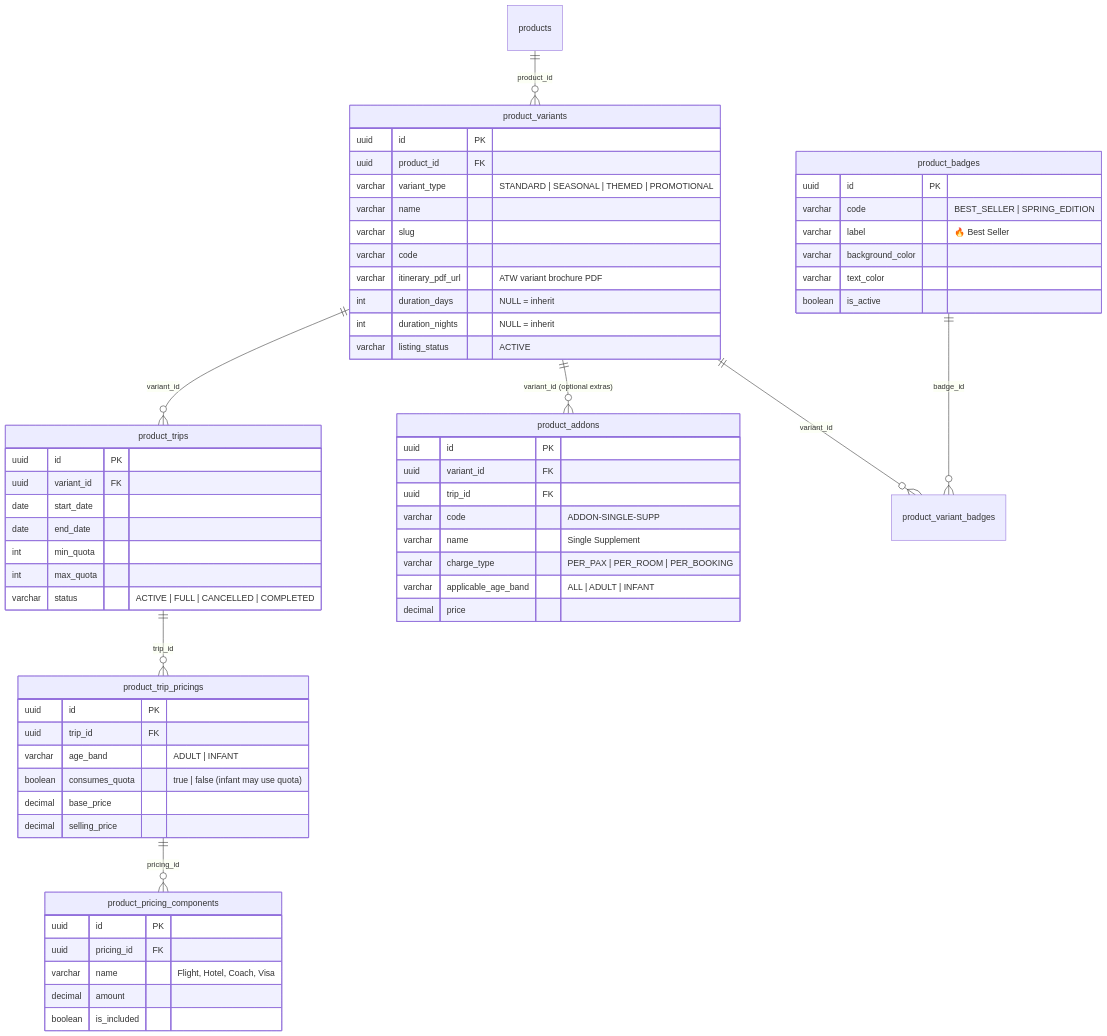
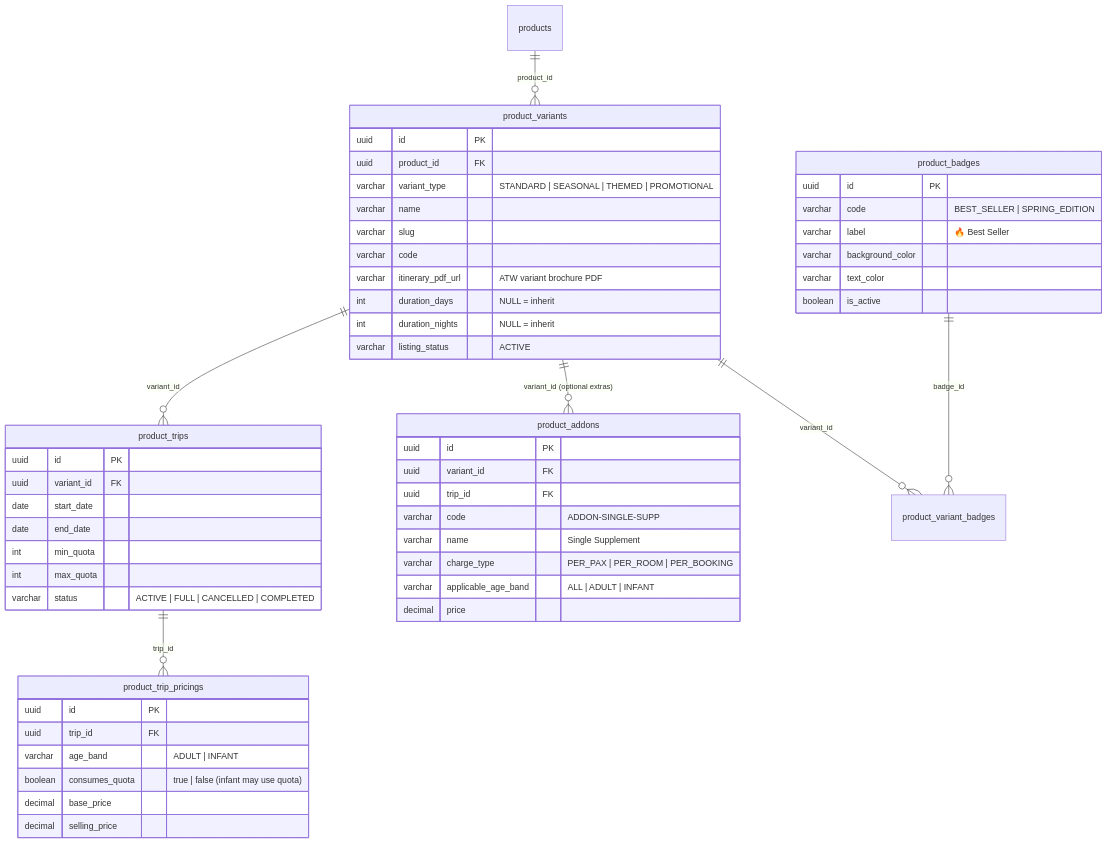
The third of 8 diagrams in technical/product-technical-design.md (Haris-saifudin/hobiholidays-documentations), drawn with Mermaid before and after one commit. The commit also changed other lines of this file, not shown here.

First line of the commit message:
Delete product_pricing_components table definition

````diff
--- a/technical/product-technical-design.md
+++ b/technical/product-technical-design.md
@@ -625,70 +611,61 @@
 ```mermaid
 erDiagram
     products              ||--o{ product_variants          : "product_id"
     product_variants      ||--o{ product_trips             : "variant_id"
     product_trips         ||--o{ product_trip_pricings      : "trip_id"
-    product_trip_pricings ||--o{ product_pricing_components: "pricing_id"
     product_variants      ||--o{ product_addons            : "variant_id (optional extras)"
     product_variants      ||--o{ product_variant_badges    : "variant_id"
     product_badges        ||--o{ product_variant_badges    : "badge_id"
 
     product_variants {
         uuid      id                 PK
         uuid      product_id         FK
         varchar   variant_type       "STANDARD | SEASONAL | THEMED | PROMOTIONAL"
         varchar   name
         varchar   slug
         varchar   code
         varchar   itinerary_pdf_url  "ATW variant brochure PDF"
         int       duration_days      "NULL = inherit"
         int       duration_nights    "NULL = inherit"
         varchar   listing_status     "ACTIVE"
     }
 
     product_badges {
         uuid      id                 PK
         varchar   code               "BEST_SELLER | SPRING_EDITION"
         varchar   label              "🔥 Best Seller"
         varchar   background_color
         varchar   text_color
         boolean   is_active
     }
 
     product_trips {
         uuid      id         PK
         uuid      variant_id FK
         date      start_date
         date      end_date
         int       min_quota
         int       max_quota
         varchar   status     "ACTIVE | FULL | CANCELLED | COMPLETED"
     }
 
     product_trip_pricings {
         uuid       id             PK
         uuid       trip_id        FK
         varchar    age_band       "ADULT | INFANT"
         boolean    consumes_quota "true | false (infant may use quota)"
         decimal    base_price
         decimal    selling_price
     }
 
-    product_pricing_components {
-        uuid       id             PK
-        uuid       pricing_id     FK
-        varchar    name           "Flight, Hotel, Coach, Visa"
-        decimal    amount
-        boolean    is_included
-    }
-
     product_addons {
         uuid       id                  PK
         uuid       variant_id          FK
         uuid       trip_id             FK
         varchar    code                "ADDON-SINGLE-SUPP"
         varchar    name                "Single Supplement"
         varchar    charge_type         "PER_PAX | PER_ROOM | PER_BOOKING"
         varchar    applicable_age_band "ALL | ADULT | INFANT"
         decimal    price
     }
 ```
````
